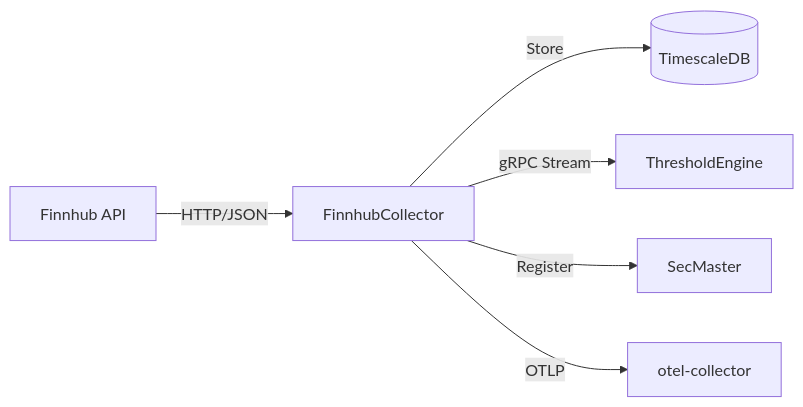
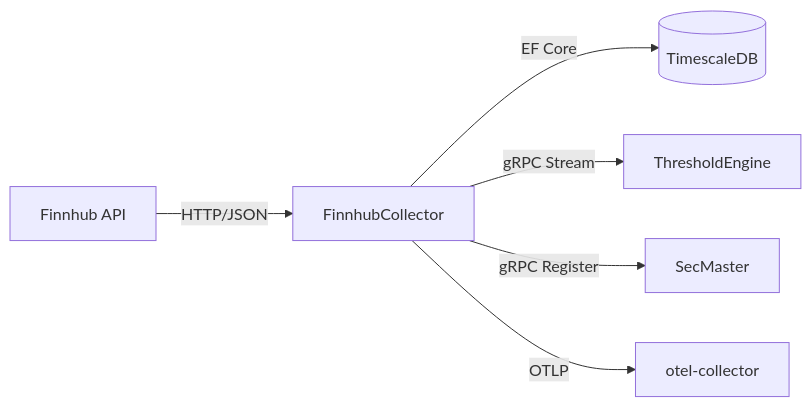
One commit to jpansarasa/ATLAS-Docs changed the diagram in FinnhubCollector/README.md. Above: the diagram before and after it, drawn with Mermaid. The commit also changed other lines of this file, not shown here.

````diff
--- a/FinnhubCollector/README.md
+++ b/FinnhubCollector/README.md
@@ -11,8 +11,8 @@
 ```mermaid
 flowchart LR
     FH[Finnhub API] -->|HTTP/JSON| FC[FinnhubCollector]
-    FC -->|Store| DB[(TimescaleDB)]
+    FC -->|EF Core| DB[(TimescaleDB)]
     FC -->|gRPC Stream| TE[ThresholdEngine]
-    FC -->|Register| SM[SecMaster]
+    FC -->|gRPC Register| SM[SecMaster]
     FC -->|OTLP| OC[otel-collector]
 ```
````
